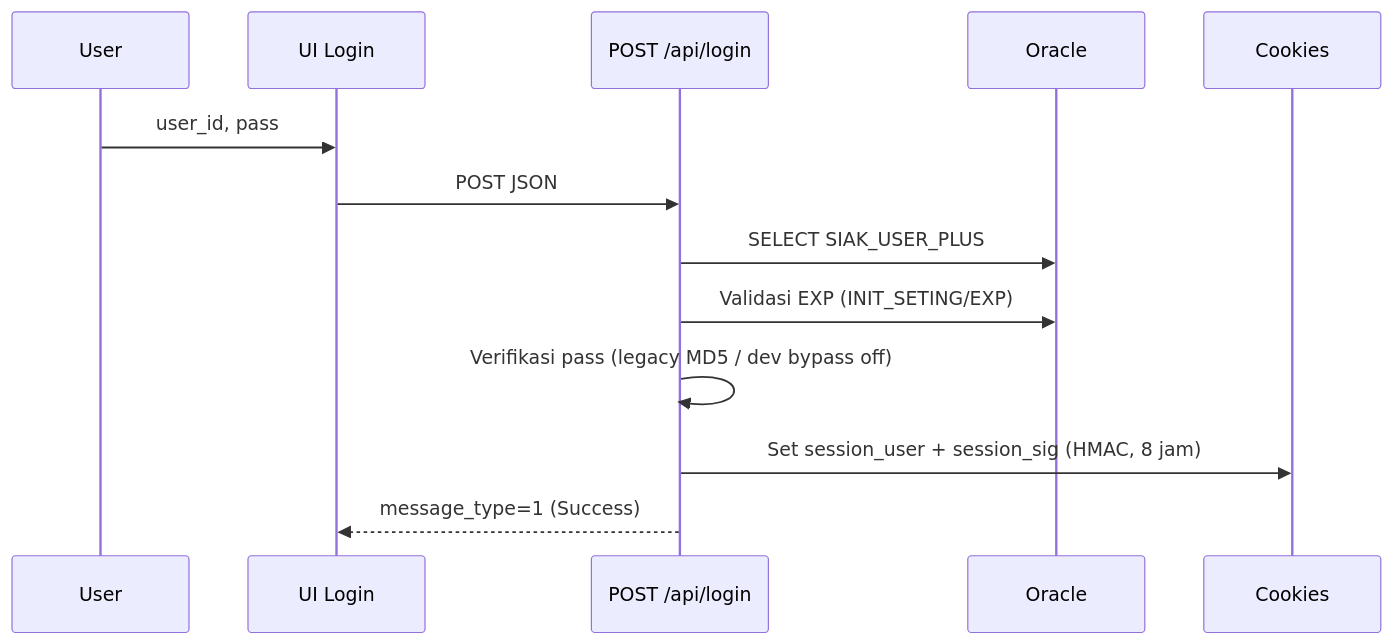
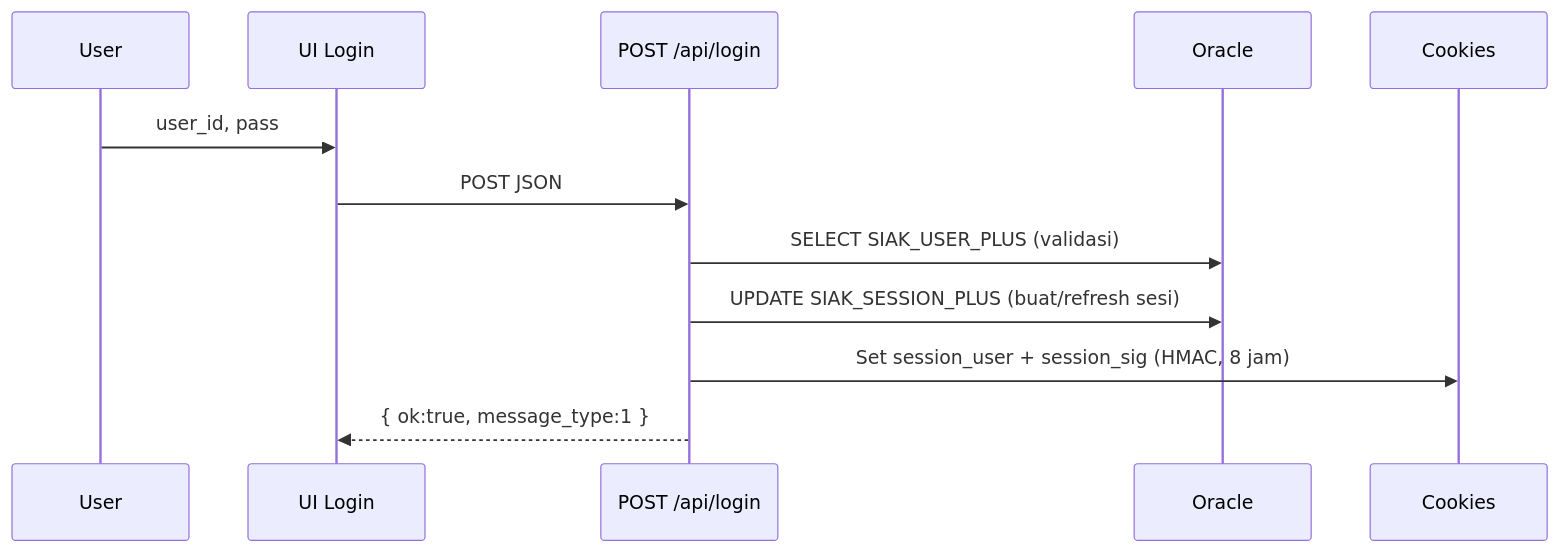
Before and after one commit to dianyanzen/Monitoring-Next: the third of 4 diagrams in README.md, drawn with Mermaid. The commit also changed other lines of this file, not shown here.

````diff
--- a/README.md
+++ b/README.md
@@ -199,16 +210,15 @@
 ```mermaid
 sequenceDiagram
   participant U as User
   participant UI as UI Login
   participant API as POST /api/login
   participant DB as Oracle
   participant CK as Cookies
 
   U->>UI: user_id, pass
   UI->>API: POST JSON
-  API->>DB: SELECT SIAK_USER_PLUS
-  API->>DB: Validasi EXP (INIT_SETING/EXP)
-  API->>API: Verifikasi pass (legacy MD5 / dev bypass off)
+  API->>DB: SELECT SIAK_USER_PLUS (validasi)
+  API->>DB: UPDATE SIAK_SESSION_PLUS (buat/refresh sesi)
   API->>CK: Set session_user + session_sig (HMAC, 8 jam)
-  API-->>UI: message_type=1 (Success)
+  API-->>UI: { ok:true, message_type:1 }
 ```
````
